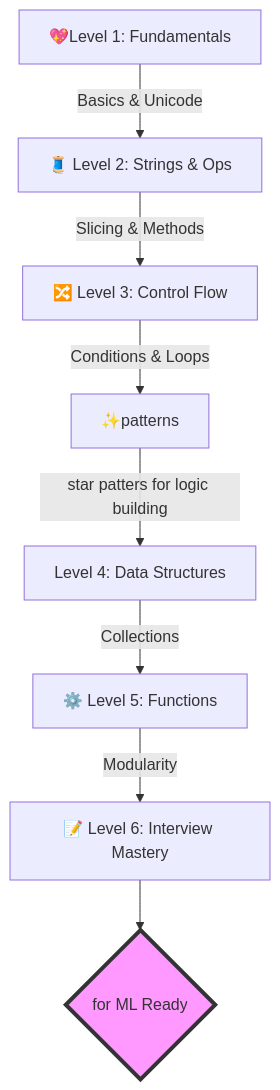
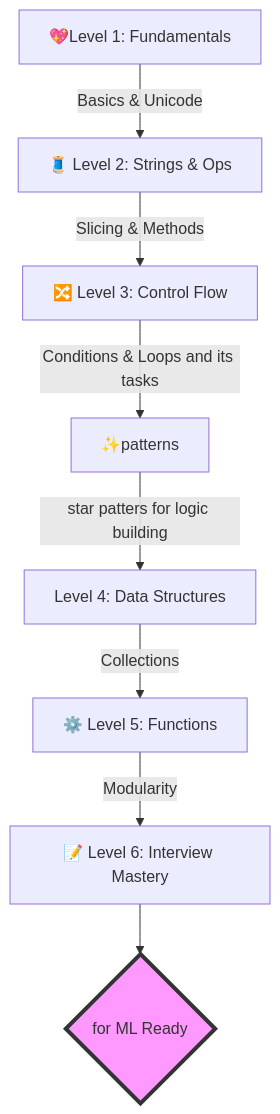
The diagram in README.md (doxpro26-star/Python_notes_byDoxpro), drawn with Mermaid before and after one commit.

````diff
--- a/README.md
+++ b/README.md
@@ -54,12 +54,12 @@
 ```mermaid
 graph TD
     A[💖Level 1: Fundamentals] -- Basics & Unicode --> B[🧵 Level 2: Strings & Ops]
     B -- Slicing & Methods --> C[🔀 Level 3: Control Flow]
-    C -- Conditions & Loops --> *[✨patterns ]
+    C -- Conditions & Loops and its tasks --> *[✨patterns ]
     * --  star patters for logic building --> D[ Level 4: Data Structures]
     D -- Collections --> E[⚙️ Level 5: Functions]
     E -- Modularity --> F[📝 Level 6: Interview Mastery]
     F --> G{for ML Ready}
     
     style G fill:#f9f,stroke:#333,stroke-width:4px
 ```
````
